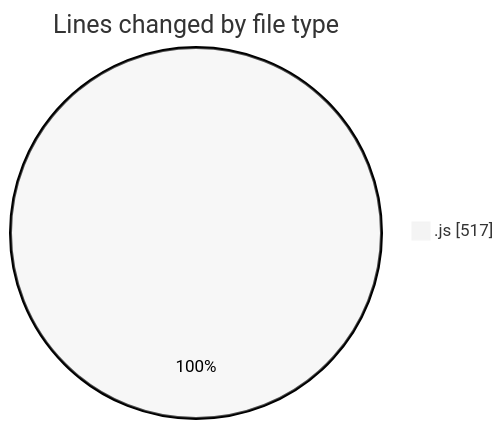
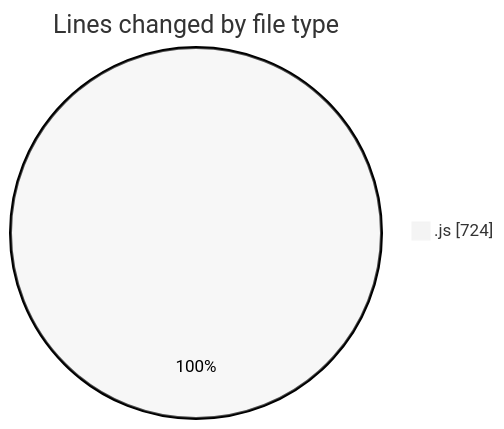
The first of 2 diagrams in 2025-07-10/mail-listener2-0_1_3/README.md (lephambinh05/code-tracking), drawn with Mermaid (neutral theme) before and after one commit. The commit also changed other lines of this file and 1 other file, not shown here.

````diff
--- a/2025-07-10/mail-listener2-0_1_3/README.md
+++ b/2025-07-10/mail-listener2-0_1_3/README.md
@@ -23,5 +23,5 @@
 ```mermaid
 pie showData
 title Lines changed by file type
-".js" : 517
+".js" : 724
 ```
````
